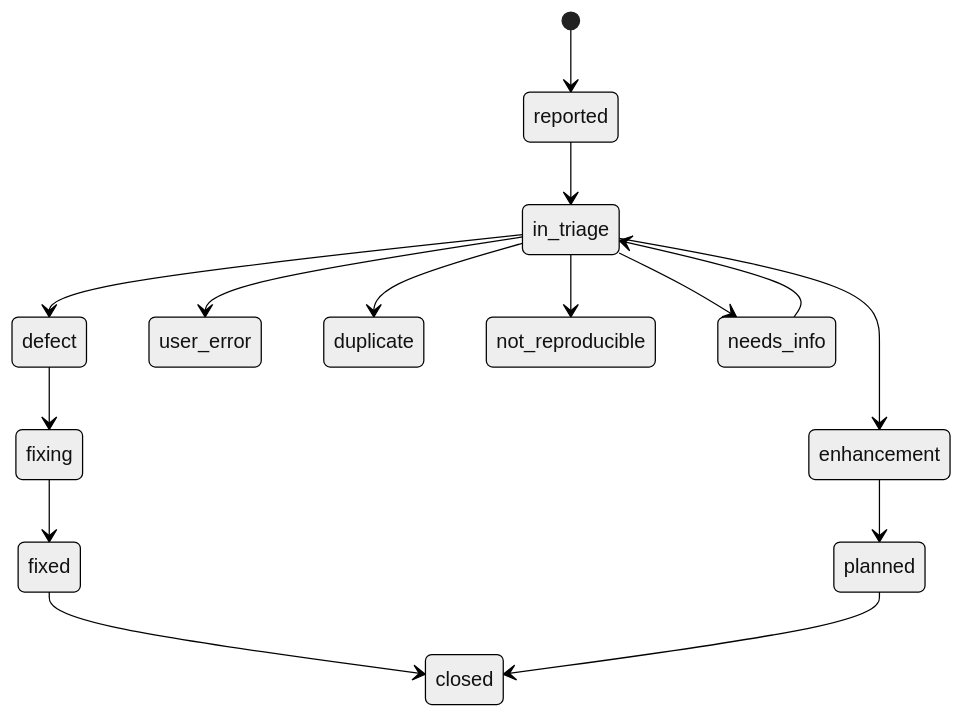
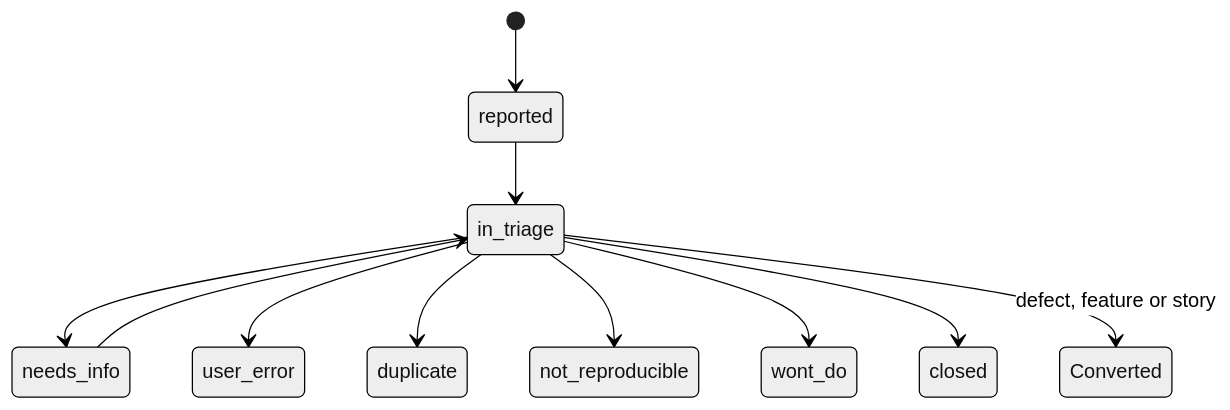
Before and after one commit to markbac/reqtool: the second of 2 diagrams in docs/USER_GUIDE.md, drawn with Mermaid (neutral theme). The commit also changed other lines of this file and 151 other files, not shown here.

````diff
--- a/docs/USER_GUIDE.md
+++ b/docs/USER_GUIDE.md
@@ -393,17 +409,13 @@
 ```mermaid
 stateDiagram-v2
     [*] --> reported
     reported --> in_triage
-    in_triage --> defect
+    in_triage --> needs_info
+    needs_info --> in_triage
     in_triage --> user_error
-    in_triage --> enhancement
     in_triage --> duplicate
     in_triage --> not_reproducible
-    in_triage --> needs_info
-    needs_info --> in_triage
-    defect --> fixing
-    fixing --> fixed
-    fixed --> closed
-    enhancement --> planned
-    planned --> closed
+    in_triage --> wont_do
+    in_triage --> closed
+    in_triage --> Converted: defect, feature or story
 ```
````
